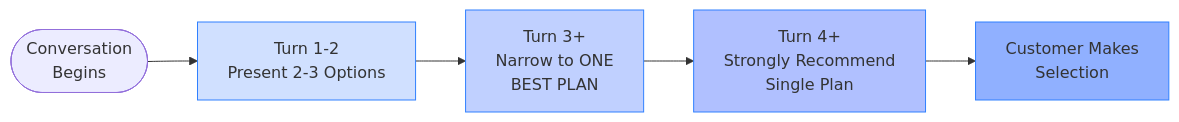
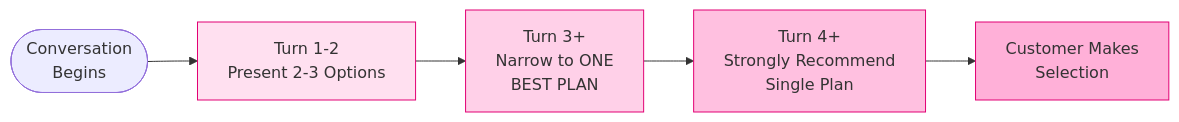
Before and after one commit to MKovacik/Simulator2: the third of 3 diagrams in README.md, drawn with Mermaid.

Commit message:
fix colors in readme diagram

````diff
--- a/README.md
+++ b/README.md
@@ -193,12 +193,12 @@
 ```mermaid
 flowchart LR
     Start([Conversation\nBegins]) --> Turn1[Turn 1-2\nPresent 2-3 Options]
     Turn1 --> Turn3[Turn 3+\nNarrow to ONE\nBEST PLAN]
     Turn3 --> Turn4[Turn 4+\nStrongly Recommend\nSingle Plan]
     Turn4 --> Selection[Customer Makes\nSelection]
     
-    style Turn1 fill:#d0e0ff,stroke:#3080ff
-    style Turn3 fill:#c0d0ff,stroke:#3080ff
-    style Turn4 fill:#b0c0ff,stroke:#3080ff
-    style Selection fill:#90b0ff,stroke:#3080ff
+    style Turn1 fill:#ffe0f0,stroke:#e20074
+    style Turn3 fill:#ffd0e8,stroke:#e20074
+    style Turn4 fill:#ffc0e0,stroke:#e20074
+    style Selection fill:#ffb0d8,stroke:#e20074
 ```
````
